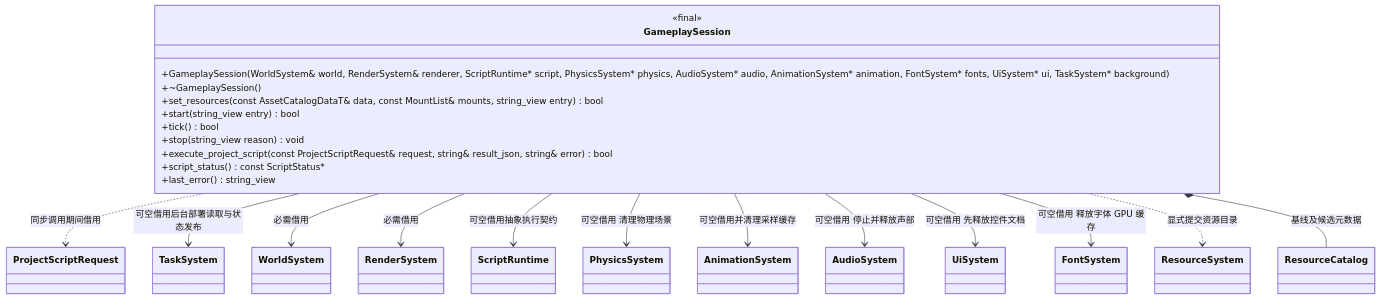
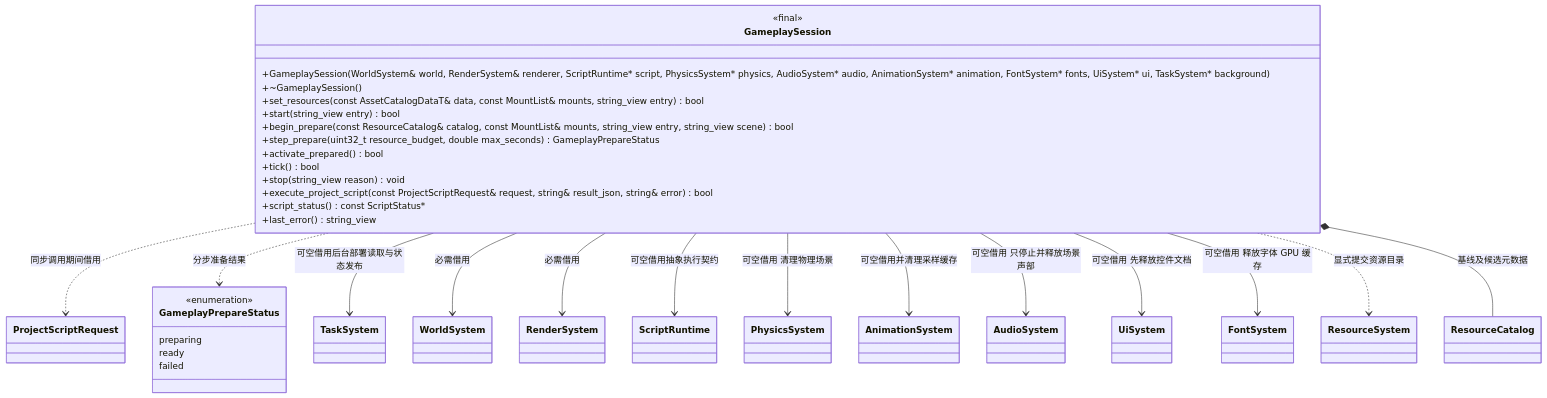
One commit to lcals/Engine changed the first of 2 diagrams in docs/runtime/class-diagrams/gameplay-session.md. Above: the diagram before and after it, drawn with Mermaid. The commit also changed other lines of this file and 44 other files, not shown here.

````diff
--- a/docs/runtime/class-diagrams/gameplay-session.md
+++ b/docs/runtime/class-diagrams/gameplay-session.md
@@ -10,37 +8,47 @@
 ```mermaid
 classDiagram
     class ProjectScriptRequest
     GameplaySession ..> ProjectScriptRequest : 同步调用期间借用
     class GameplaySession {
         <<final>>
         +GameplaySession(WorldSystem& world, RenderSystem& renderer, ScriptRuntime#42; script, PhysicsSystem#42; physics, AudioSystem#42; audio, AnimationSystem#42; animation, FontSystem#42; fonts, UiSystem#42; ui, TaskSystem#42; background)
         +~GameplaySession()
         +set_resources(const AssetCatalogDataT& data, const MountList& mounts, string_view entry) bool
         +start(string_view entry) bool
+        +begin_prepare(const ResourceCatalog& catalog, const MountList& mounts, string_view entry, string_view scene) bool
+        +step_prepare(uint32_t resource_budget, double max_seconds) GameplayPrepareStatus
+        +activate_prepared() bool
         +tick() bool
         +stop(string_view reason) void
         +execute_project_script(const ProjectScriptRequest& request, string& result_json, string& error) bool
         +script_status() const ScriptStatus#42;
         +last_error() string_view
     }
+    class GameplayPrepareStatus {
+        <<enumeration>>
+        preparing
+        ready
+        failed
+    }
+    GameplaySession ..> GameplayPrepareStatus : 分步准备结果
     class WorldSystem
     class RenderSystem
     class ScriptRuntime
     class PhysicsSystem
     class AudioSystem
     class AnimationSystem
     class ResourceSystem
     class ResourceCatalog
     class TaskSystem
     GameplaySession --> TaskSystem : 可空借用后台部署读取与状态发布
     GameplaySession --> WorldSystem : 必需借用
     GameplaySession --> RenderSystem : 必需借用
     GameplaySession --> ScriptRuntime : 可空借用抽象执行契约
     GameplaySession --> PhysicsSystem : 可空借用 清理物理场景
     GameplaySession --> AnimationSystem : 可空借用并清理采样缓存
-    GameplaySession --> AudioSystem : 可空借用 停止并释放声部
+    GameplaySession --> AudioSystem : 可空借用 只停止并释放场景声部
     GameplaySession --> UiSystem : 可空借用 先释放控件文档
     GameplaySession --> FontSystem : 可空借用 释放字体 GPU 缓存
     GameplaySession ..> ResourceSystem : 显式提交资源目录
     GameplaySession *-- ResourceCatalog : 基线及候选元数据
 ```
````
